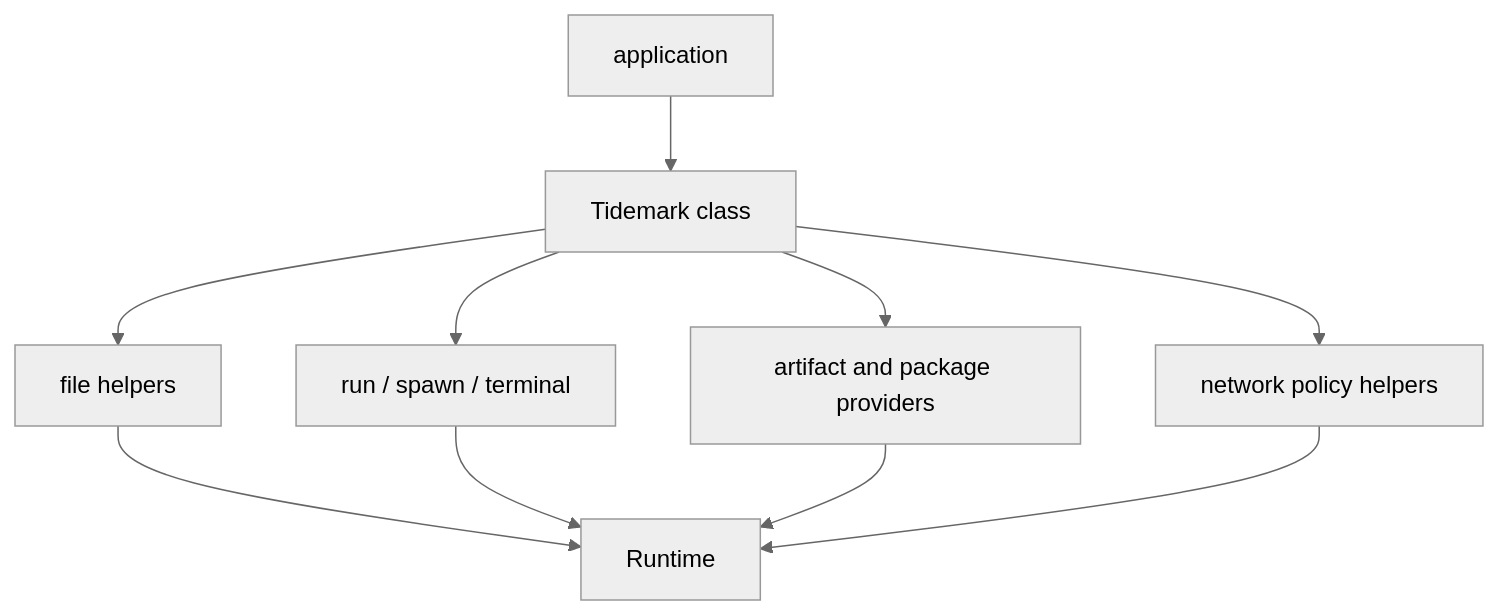
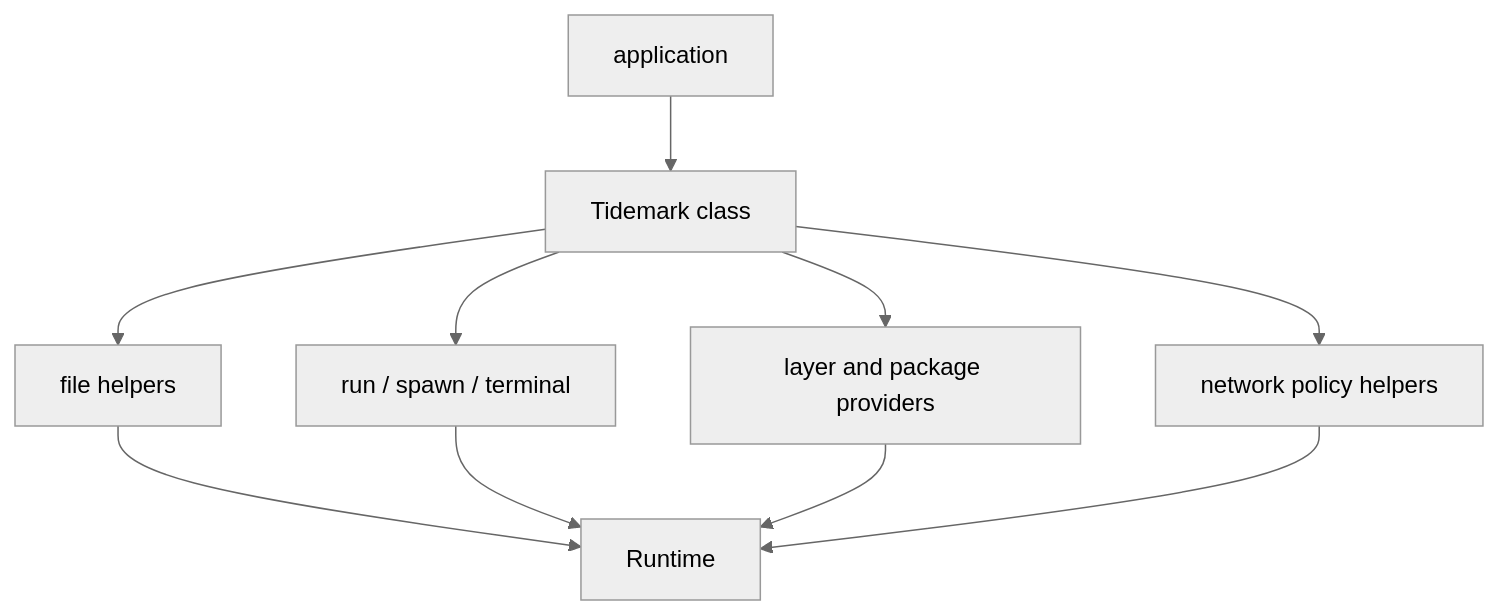
Before and after one commit to tidemarksh/docs: the first of 3 diagrams in docs/sdk.md, drawn with Mermaid (neutral theme). The commit also changed other lines of this file and 5 other files, not shown here.

````diff
--- a/docs/sdk.md
+++ b/docs/sdk.md
@@ -40,20 +39,20 @@
 ```mermaid
 flowchart TB
   App["application"]
   Tidemark["Tidemark class"]
   Files["file helpers"]
   Process["run / spawn / terminal"]
-  Providers["artifact and package providers"]
+  Providers["layer and package providers"]
   Network["network policy helpers"]
   Runtime["Runtime"]
 
   App --> Tidemark
   Tidemark --> Files
   Tidemark --> Process
   Tidemark --> Providers
   Tidemark --> Network
   Files --> Runtime
   Process --> Runtime
   Providers --> Runtime
   Network --> Runtime
 ```
````
